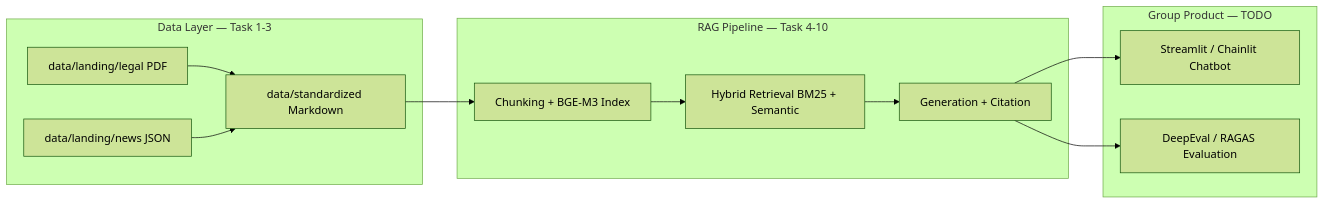
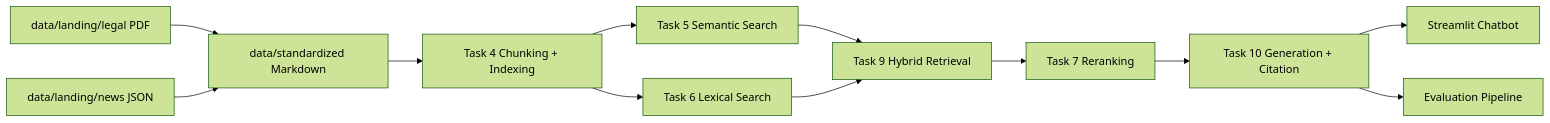
Before and after one commit to reimei2009/Day08_RAG_pipeline_cohort2: the diagram in group_project/README.md, drawn with Mermaid (forest theme). The commit also changed other lines of this file and 5 other files, not shown here.

Commit message:
Improve RAG accuracy and add group report

````diff
--- a/group_project/README.md
+++ b/group_project/README.md
@@ -173,25 +27,14 @@
 ```mermaid
 flowchart LR
-    subgraph data [Data Layer — Task 1-3]
-        L1[data/landing/legal PDF]
-        L2[data/landing/news JSON]
-        STD[data/standardized Markdown]
-    end
-
-    subgraph rag [RAG Pipeline — Task 4-10]
-        IDX[Chunking + BGE-M3 Index]
-        RET[Hybrid Retrieval BM25 + Semantic]
-        GEN[Generation + Citation]
-    end
-
-    subgraph ui [Group Product — TODO]
-        APP[Streamlit / Chainlit Chatbot]
-        EVAL[DeepEval / RAGAS Evaluation]
-    end
-
-    L1 --> STD
-    L2 --> STD
-    STD --> IDX --> RET --> GEN
-    GEN --> APP
-    GEN --> EVAL
+    A[data/landing/legal PDF] --> C[data/standardized Markdown]
+    B[data/landing/news JSON] --> C
+    C --> D[Task 4 Chunking + Indexing]
+    D --> E[Task 5 Semantic Search]
+    D --> F[Task 6 Lexical Search]
+    E --> G[Task 9 Hybrid Retrieval]
+    F --> G
+    G --> H[Task 7 Reranking]
+    H --> I[Task 10 Generation + Citation]
+    I --> J[Streamlit Chatbot]
+    I --> K[Evaluation Pipeline]
 ```
````
